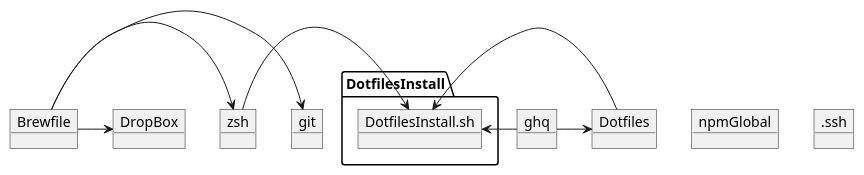
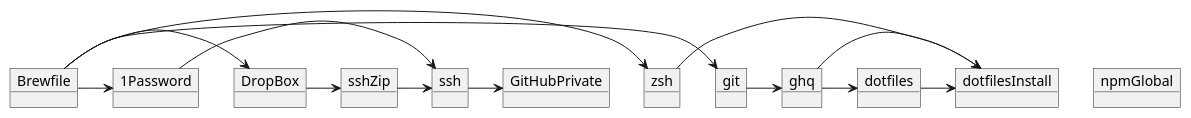
Before and after one commit to elzup/dotfiles: the diagram in dependency.pu, drawn with PlantUML.

Commit message:
Remove dusts

```diff
--- a/dependency.pu
+++ b/dependency.pu
@@ -1,26 +1,42 @@
 @startuml
 
 object Brewfile
 
 object git
 object ghq
 object zsh
 
+object dotfiles
+object dotfilesInstall
+object npmGlobal
+
+
+' File
+object ssh
+object sshZip
+
+' App
+object 1Password
 object DropBox
 
-object Dotfiles
-object DotfilesInstall.sh
-object npmGlobal
-
-object .ssh
+' Service
+object GitHubPrivate
 
 Brewfile->git
 Brewfile->zsh
 Brewfile->DropBox
-zsh->DotfilesInstall.sh
-ghq->Dotfiles
+Brewfile->1Password
 
-ghq->DotfilesInstall.sh
-Dotfiles->DotfilesInstall.sh
+sshZip->ssh
+1Password->ssh
+
+zsh->dotfilesInstall
+ghq->dotfiles
+git->ghq
+DropBox->sshZip
+ssh->GitHubPrivate
+
+ghq->dotfilesInstall
+dotfiles->dotfilesInstall
 
 @enduml
```
